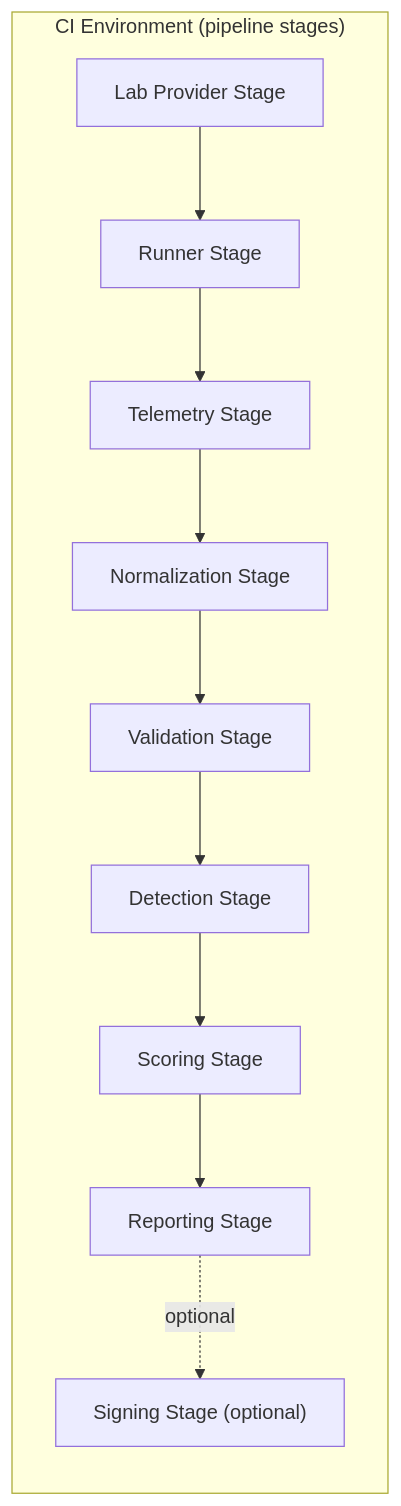
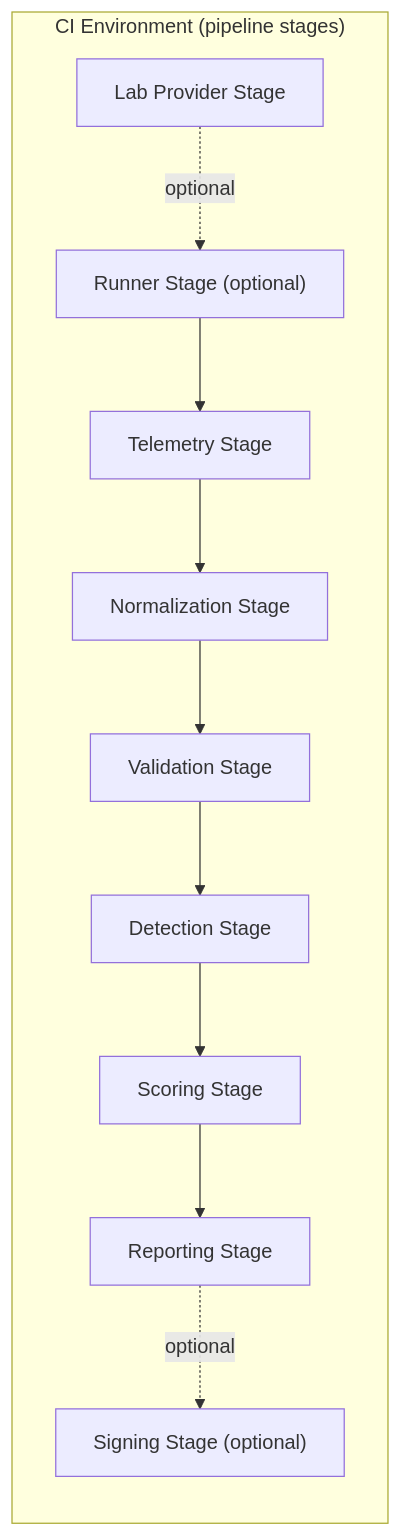
One commit to JochiRaider/purple-axiom changed the diagram in docs/diagrams/generated/stage_flow.md. Above: the diagram before and after it, drawn with Mermaid. The commit also changed 10 other files, not shown here.

````diff
--- a/docs/diagrams/generated/stage_flow.md
+++ b/docs/diagrams/generated/stage_flow.md
@@ -3,22 +3,22 @@
 ```mermaid
 flowchart LR
   subgraph ci_environment["CI Environment (pipeline stages)"]
     lab_provider["Lab Provider Stage"]
-    runner["Runner Stage"]
+    runner["Runner Stage (optional)"]
     telemetry["Telemetry Stage"]
     normalization["Normalization Stage"]
     validation["Validation Stage"]
     detection["Detection Stage"]
     scoring["Scoring Stage"]
     reporting["Reporting Stage"]
     signing["Signing Stage (optional)"]
   end
-  lab_provider --> runner
+  lab_provider -. "optional" .-> runner
   runner --> telemetry
   telemetry --> normalization
   normalization --> validation
   validation --> detection
   detection --> scoring
   scoring --> reporting
   reporting -. "optional" .-> signing
 ```
````
